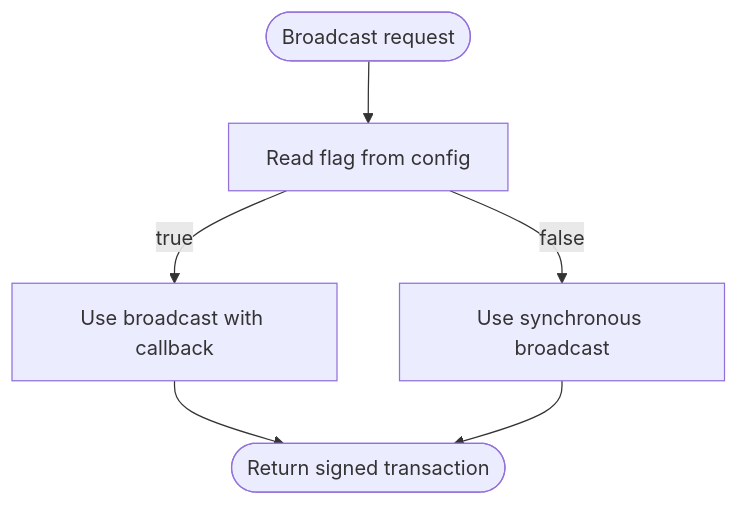
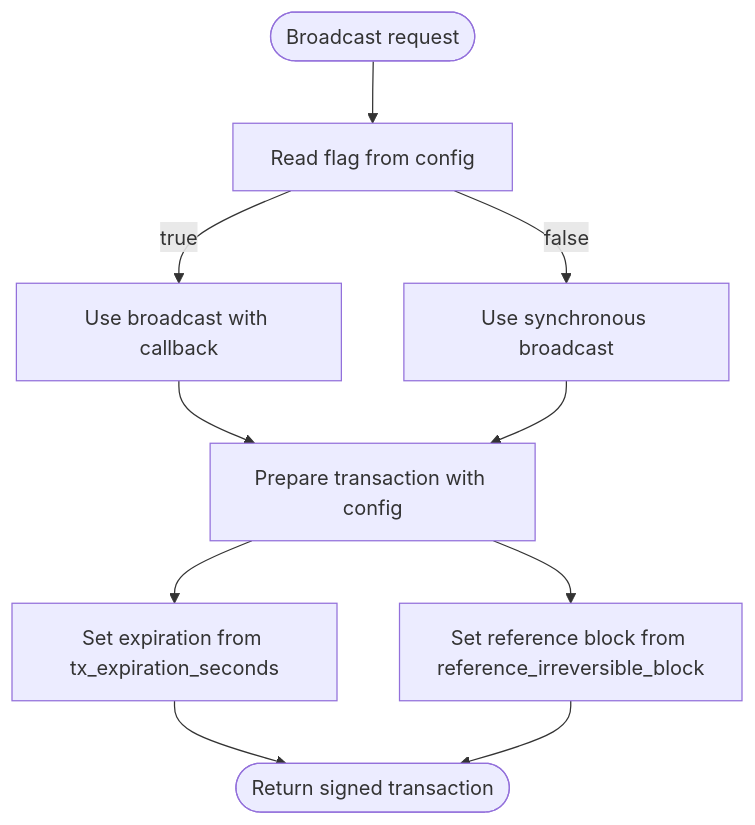
The seventh of 8 diagrams in .qoder/repowiki/en/content/API Reference/Configuration Options.md (VIZ-Blockchain/viz-js-lib), drawn with Mermaid before and after one commit. The commit also changed other lines of this file and 3 other files, not shown here.

First line of the commit message:
docs(config): add new options for transaction expiration and irreversible block reference

````diff
--- a/.qoder/repowiki/en/content/API Reference/Configuration Options.md
+++ b/.qoder/repowiki/en/content/API Reference/Configuration Options.md
@@ -241,8 +256,12 @@
 ```mermaid
 flowchart TD
 Start(["Broadcast request"]) --> Check["Read flag from config"]
 Check --> |true| CB["Use broadcast with callback"]
 Check --> |false| Sync["Use synchronous broadcast"]
-CB --> Done(["Return signed transaction"])
-Sync --> Done
+CB --> Prep["Prepare transaction with config"]
+Sync --> Prep
+Prep --> Exp["Set expiration from tx_expiration_seconds"]
+Prep --> Ref["Set reference block from reference_irreversible_block"]
+Exp --> Done(["Return signed transaction"])
+Ref --> Done
 ```
````
